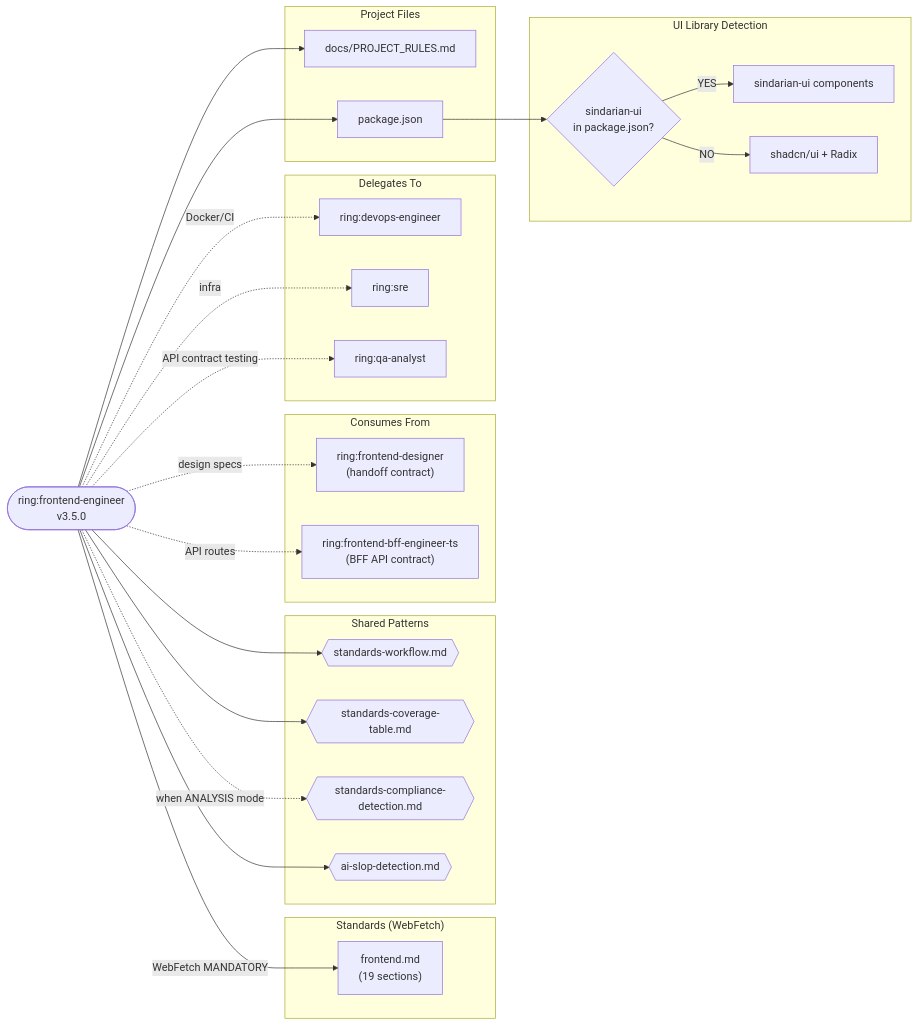
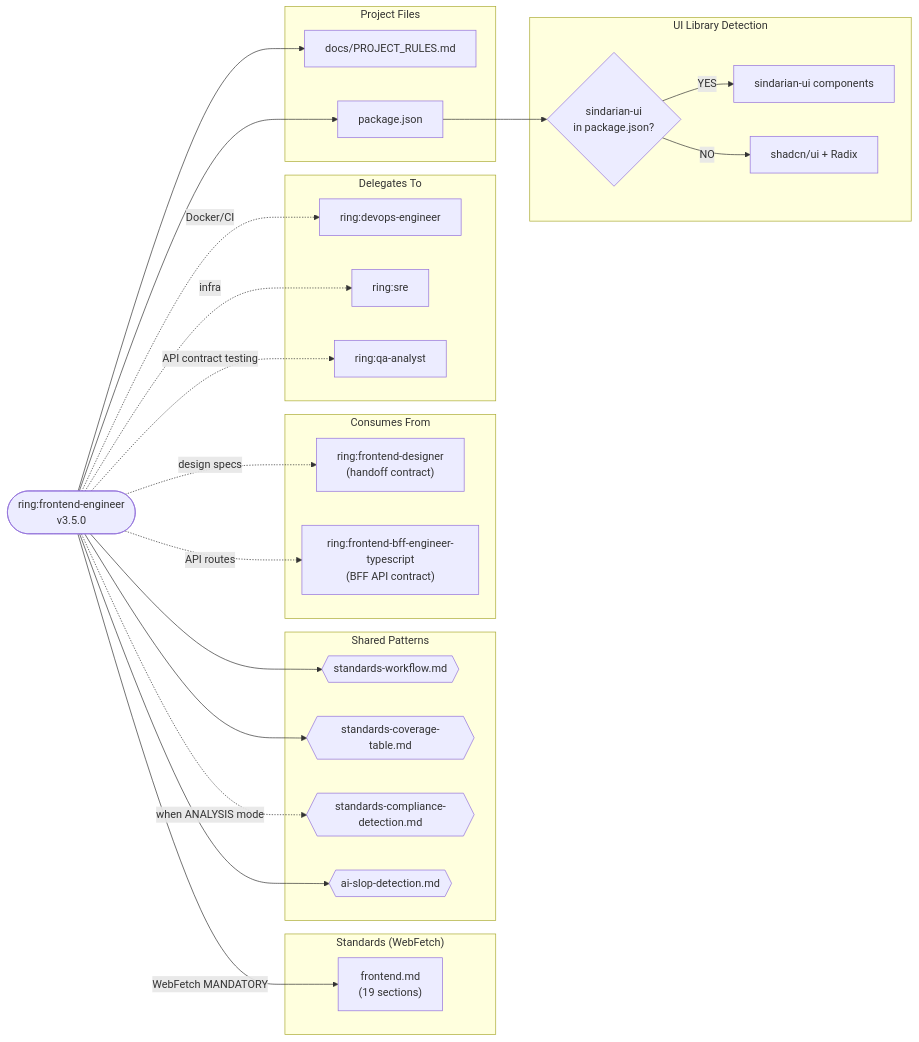
Before and after one commit to LerianStudio/ring: the fifth of 21 diagrams in dev-team/docs/dependency-diagrams.md, drawn with Mermaid. The commit also changed other lines of this file, not shown here.

First line of the commit message:
docs(dev-team): use canonical agent names in dependency diagrams

````diff
--- a/dev-team/docs/dependency-diagrams.md
+++ b/dev-team/docs/dependency-diagrams.md
@@ -244,50 +244,50 @@
 ```mermaid
 flowchart LR
     agent(["ring:frontend-engineer<br/>v3.5.0"])
 
     subgraph Standards["Standards (WebFetch)"]
         fe["frontend.md<br/>(19 sections)"]
     end
 
     subgraph SharedPatterns["Shared Patterns"]
         sw{{"standards-workflow.md"}}
         sct{{"standards-coverage-table.md"}}
         scd{{"standards-compliance-detection.md"}}
         asd{{"ai-slop-detection.md"}}
     end
 
     subgraph Consumes["Consumes From"]
         designer["ring:frontend-designer<br/>(handoff contract)"]
-        bff["ring:frontend-bff-engineer-ts<br/>(BFF API contract)"]
+        bff["ring:frontend-bff-engineer-typescript<br/>(BFF API contract)"]
     end
 
     subgraph Delegates["Delegates To"]
         devops["ring:devops-engineer"]
         sre["ring:sre"]
         qa["ring:qa-analyst"]
     end
 
     subgraph ProjectFiles["Project Files"]
         pr["docs/PROJECT_RULES.md"]
         pkg["package.json"]
     end
 
     subgraph ModeDetection["UI Library Detection"]
         mode{"sindarian-ui<br/>in package.json?"}
         sindarian["sindarian-ui components"]
         shadcn["shadcn/ui + Radix"]
     end
 
     agent -->|"WebFetch MANDATORY"| fe
     agent --> sw & sct & asd
     agent -.->|"when ANALYSIS mode"| scd
     agent -.->|"design specs"| designer
     agent -.->|"API routes"| bff
     agent -.->|"Docker/CI"| devops
     agent -.->|"infra"| sre
     agent -.->|"API contract testing"| qa
     agent --> pr & pkg
     pkg --> mode
     mode -->|"YES"| sindarian
     mode -->|"NO"| shadcn
 ```
````
